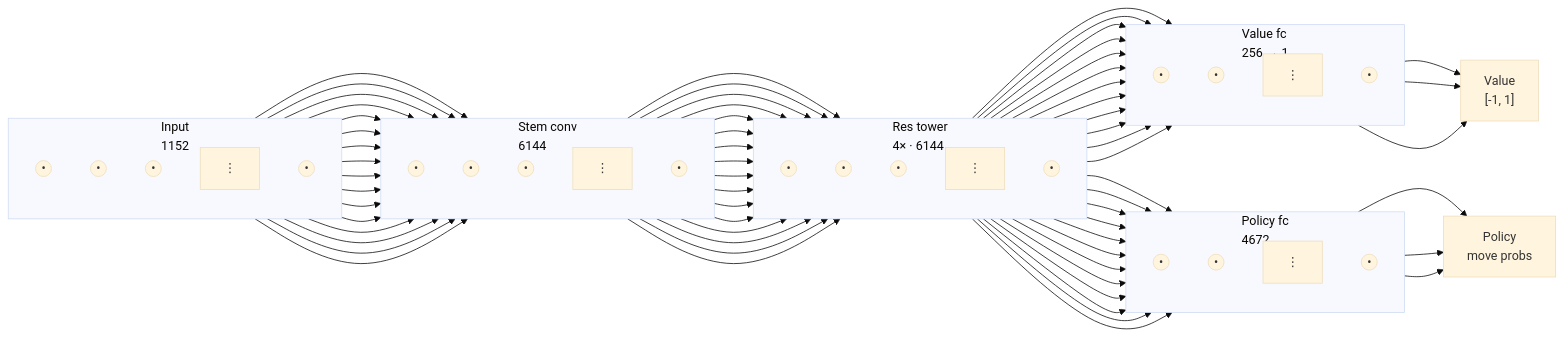
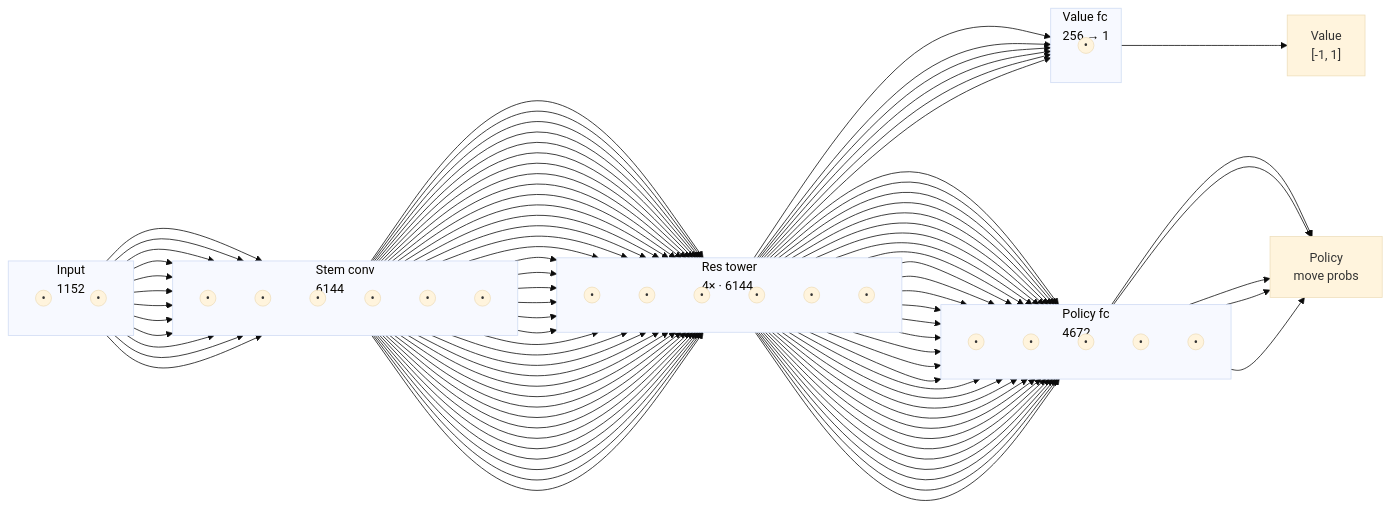
One commit to johnnyodonnell/chess-ai-engine changed the diagram in README.md. Above: the diagram before and after it, drawn with Mermaid (base theme). The commit also changed other lines of this file, not shown here.

Commit message:
README: proportional neuron sample in net diagram, drop ellipsis

````diff
--- a/README.md
+++ b/README.md
@@ -14,32 +14,32 @@
 ```mermaid
 flowchart LR
     subgraph IN["Input<br/>1152"]
         direction TB
-        i1(("•")); i2(("•")); i3(("•")); iD["⋮"]; i4(("•"))
+        i1(("•")); i2(("•"))
     end
     subgraph ST["Stem conv<br/>6144"]
         direction TB
-        s1(("•")); s2(("•")); s3(("•")); sD["⋮"]; s4(("•"))
+        s1(("•")); s2(("•")); s3(("•")); s4(("•")); s5(("•")); s6(("•"))
     end
     subgraph TW["Res tower<br/>4× · 6144"]
         direction TB
-        t1(("•")); t2(("•")); t3(("•")); tD["⋮"]; t4(("•"))
+        t1(("•")); t2(("•")); t3(("•")); t4(("•")); t5(("•")); t6(("•"))
     end
     subgraph PP["Policy fc<br/>4672"]
         direction TB
-        p1(("•")); p2(("•")); pD["⋮"]; p3(("•"))
+        p1(("•")); p2(("•")); p3(("•")); p4(("•")); p5(("•"))
     end
     subgraph VV["Value fc<br/>256 → 1"]
         direction TB
-        v1(("•")); v2(("•")); vD["⋮"]; v3(("•"))
+        v1(("•"))
     end
     POUT["Policy<br/>move probs"]
     VOUT["Value<br/>[-1, 1]"]
 
-    i1 & i2 & i3 & i4 --> s1 & s2 & s3 & s4
-    s1 & s2 & s3 & s4 --> t1 & t2 & t3 & t4
-    t1 & t2 & t3 & t4 --> p1 & p2 & p3
-    t1 & t2 & t3 & t4 --> v1 & v2 & v3
-    p1 & p2 & p3 --> POUT
-    v1 & v2 & v3 --> VOUT
+    i1 & i2 --> s1 & s2 & s3 & s4 & s5 & s6
+    s1 & s2 & s3 & s4 & s5 & s6 --> t1 & t2 & t3 & t4 & t5 & t6
+    t1 & t2 & t3 & t4 & t5 & t6 --> p1 & p2 & p3 & p4 & p5
+    t1 & t2 & t3 & t4 & t5 & t6 --> v1
+    p1 & p2 & p3 & p4 & p5 --> POUT
+    v1 --> VOUT
 ```
````
